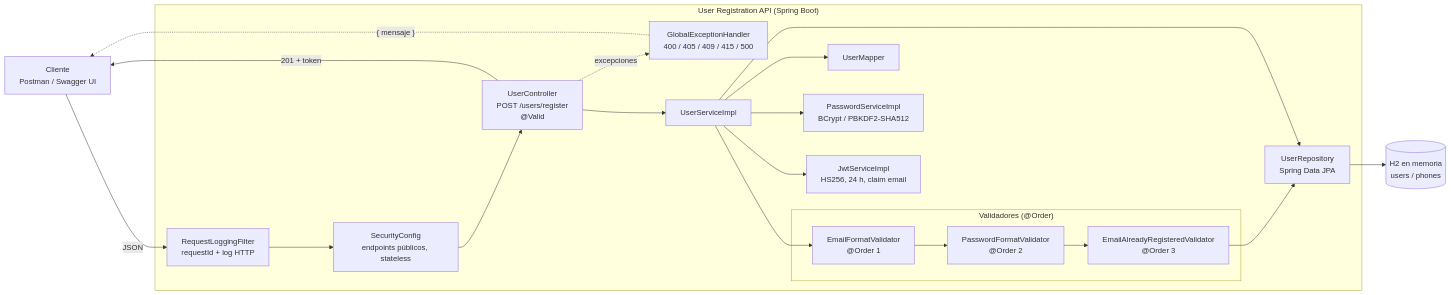
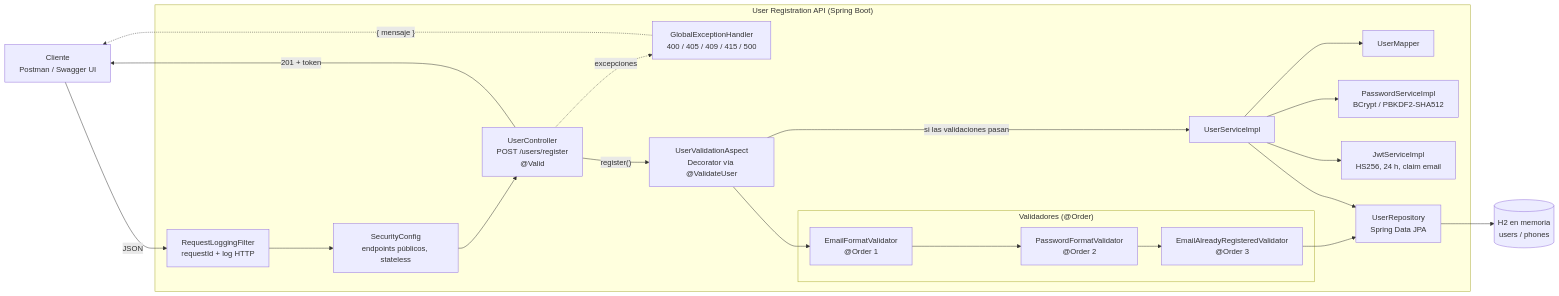
Before and after one commit to lmartinez63/bci-test: the first of 3 diagrams in README.md, drawn with Mermaid. The commit also changed other lines of this file and 6 other files, not shown here.

Commit message:
Validate registration with an annotation-driven decorator (AOP)

````diff
--- a/README.md
+++ b/README.md
@@ -102,38 +102,40 @@
 ```mermaid
 flowchart LR
     client["Cliente<br/>Postman / Swagger UI"]
 
     subgraph app["User Registration API (Spring Boot)"]
         filter["RequestLoggingFilter<br/>requestId + log HTTP"]
         security["SecurityConfig<br/>endpoints públicos, stateless"]
         controller["UserController<br/>POST /users/register<br/>@Valid"]
         advice["GlobalExceptionHandler<br/>400 / 405 / 409 / 415 / 500"]
+        aspect["UserValidationAspect<br/>Decorator vía @ValidateUser"]
         service["UserServiceImpl"]
 
         subgraph validators["Validadores (@Order)"]
             v1["EmailFormatValidator<br/>@Order 1"]
             v2["PasswordFormatValidator<br/>@Order 2"]
             v3["EmailAlreadyRegisteredValidator<br/>@Order 3"]
             v1 --> v2 --> v3
         end
 
         mapper["UserMapper"]
         password["PasswordServiceImpl<br/>BCrypt / PBKDF2-SHA512"]
         jwt["JwtServiceImpl<br/>HS256, 24 h, claim email"]
         repo["UserRepository<br/>Spring Data JPA"]
     end
 
     db[("H2 en memoria<br/>users / phones")]
 
     client -->|"JSON"| filter --> security --> controller
-    controller --> service
-    service --> v1
+    controller -->|"register()"| aspect
+    aspect --> v1
+    aspect -->|"si las validaciones pasan"| service
     v3 --> repo
     service --> mapper
     service --> password
     service --> jwt
     service --> repo --> db
     controller -. "excepciones" .-> advice
     advice -. "{ mensaje }" .-> client
     controller -->|"201 + token"| client
 ```
````
